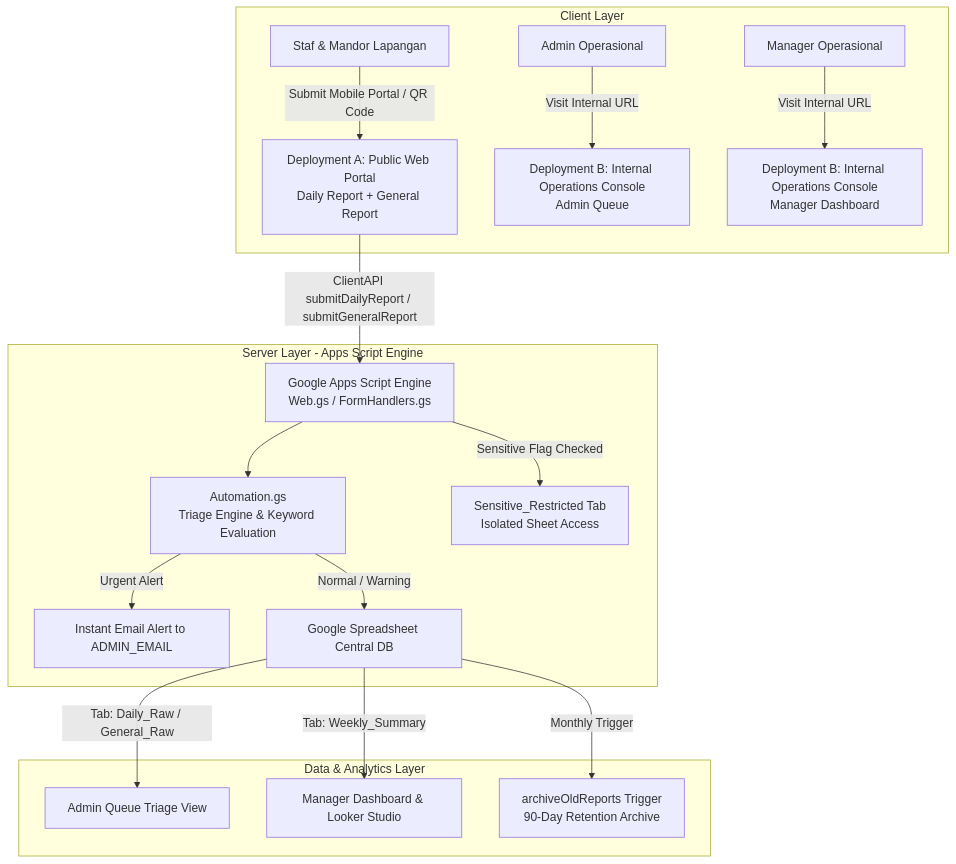
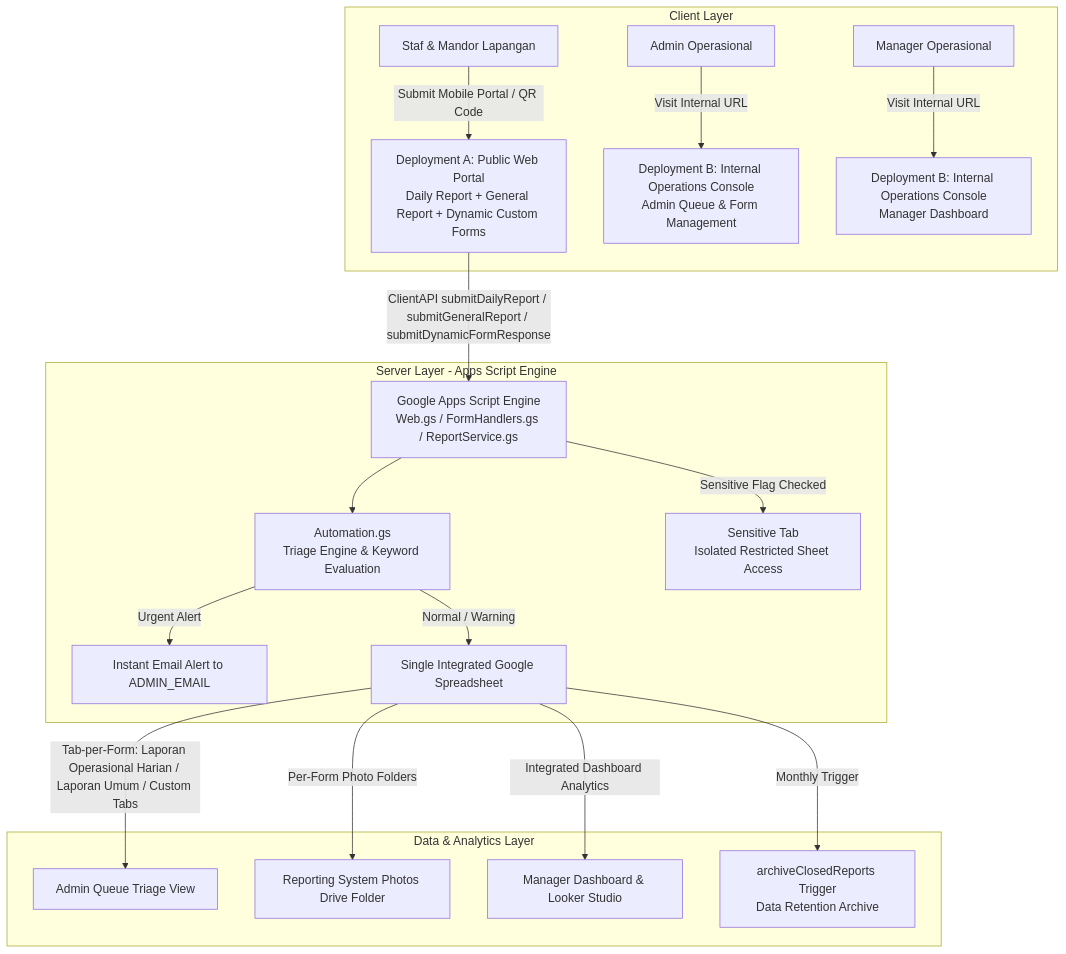
Before and after one commit to nathanpriandi/MPL_sistem_lapor: the diagram in README.md, drawn with Mermaid. The commit also changed other lines of this file and 6 other files, not shown here.

Commit message:
refining form management ui 1

````diff
--- a/README.md
+++ b/README.md
@@ -14,22 +14,23 @@
 ```mermaid
 flowchart TD
     subgraph Client Layer
-        A1[Staf & Mandor Lapangan] -->|Submit Mobile Portal / QR Code| B1[Deployment A: Public Web Portal<br/>Daily Report + General Report]
-        A2[Admin Operasional] -->|Visit Internal URL| B2[Deployment B: Internal Operations Console<br/>Admin Queue]
+        A1[Staf & Mandor Lapangan] -->|Submit Mobile Portal / QR Code| B1[Deployment A: Public Web Portal<br/>Daily Report + General Report + Dynamic Custom Forms]
+        A2[Admin Operasional] -->|Visit Internal URL| B2[Deployment B: Internal Operations Console<br/>Admin Queue & Form Management]
         A3[Manager Operasional] -->|Visit Internal URL| B3[Deployment B: Internal Operations Console<br/>Manager Dashboard]
     end
 
     subgraph Server Layer - Apps Script Engine
-        B1 -->|ClientAPI submitDailyReport / submitGeneralReport| C[Google Apps Script Engine<br/>Web.gs / FormHandlers.gs]
+        B1 -->|ClientAPI submitDailyReport / submitGeneralReport / submitDynamicFormResponse| C[Google Apps Script Engine<br/>Web.gs / FormHandlers.gs / ReportService.gs]
         C --> D[Automation.gs<br/>Triage Engine & Keyword Evaluation]
         D -->|Urgent Alert| E1[Instant Email Alert to ADMIN_EMAIL]
-        D -->|Normal / Warning| E2[Google Spreadsheet Central DB]
-        C -->|Sensitive Flag Checked| F[Sensitive_Restricted Tab<br/>Isolated Sheet Access]
+        D -->|Normal / Warning| E2[Single Integrated Google Spreadsheet]
+        C -->|Sensitive Flag Checked| F[Sensitive Tab<br/>Isolated Restricted Sheet Access]
     end
 
     subgraph Data & Analytics Layer
-        E2 -->|Tab: Daily_Raw / General_Raw| G1[Admin Queue Triage View]
-        E2 -->|Tab: Weekly_Summary| G2[Manager Dashboard & Looker Studio]
-        E2 -->|Monthly Trigger| H[archiveOldReports Trigger<br/>90-Day Retention Archive]
+        E2 -->|Tab-per-Form: Laporan Operasional Harian / Laporan Umum / Custom Tabs| G1[Admin Queue Triage View]
+        E2 -->|Per-Form Photo Folders| G2[Reporting System Photos Drive Folder]
+        E2 -->|Integrated Dashboard Analytics| G3[Manager Dashboard & Looker Studio]
+        E2 -->|Monthly Trigger| H[archiveClosedReports Trigger<br/>Data Retention Archive]
     end
 ```
````
